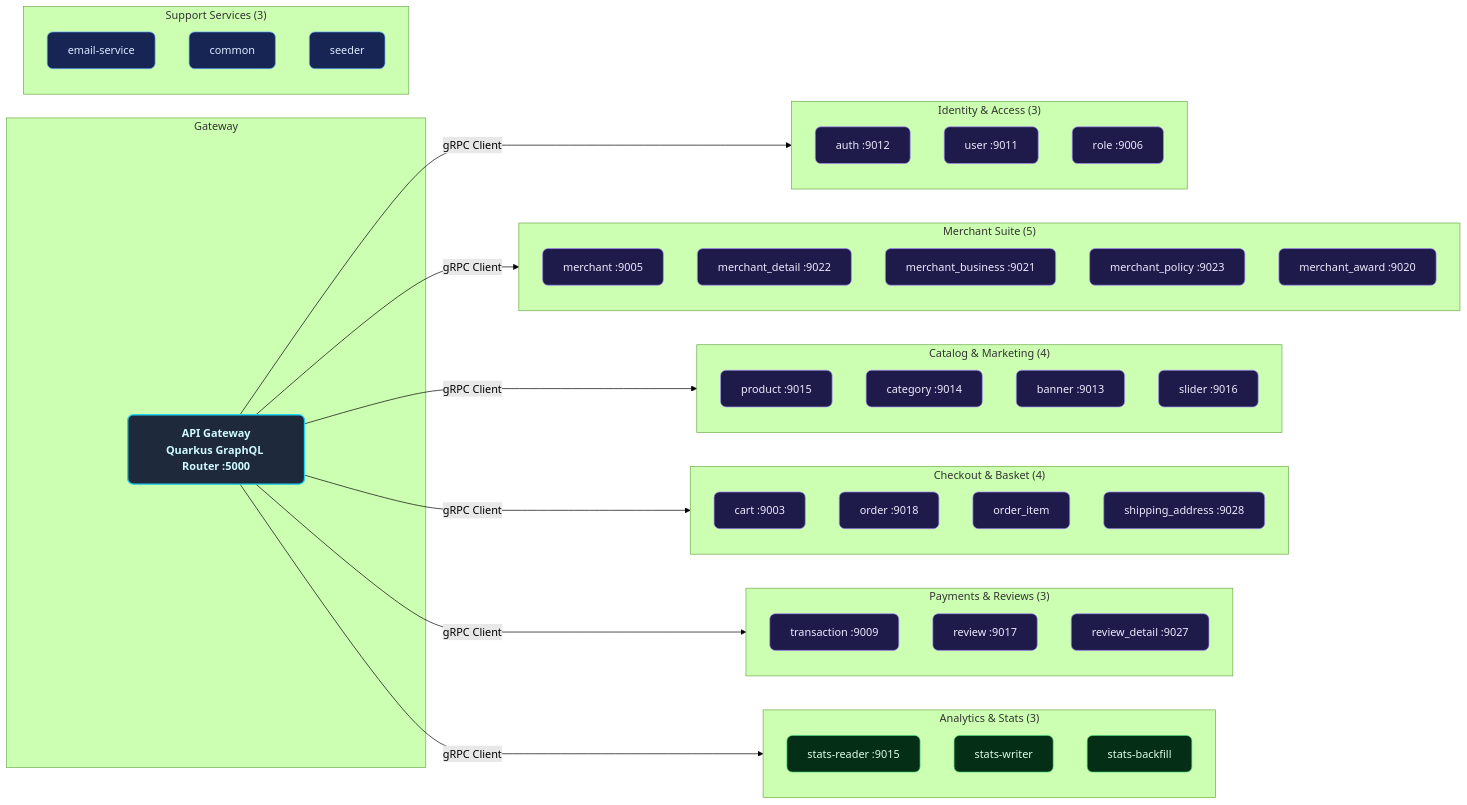
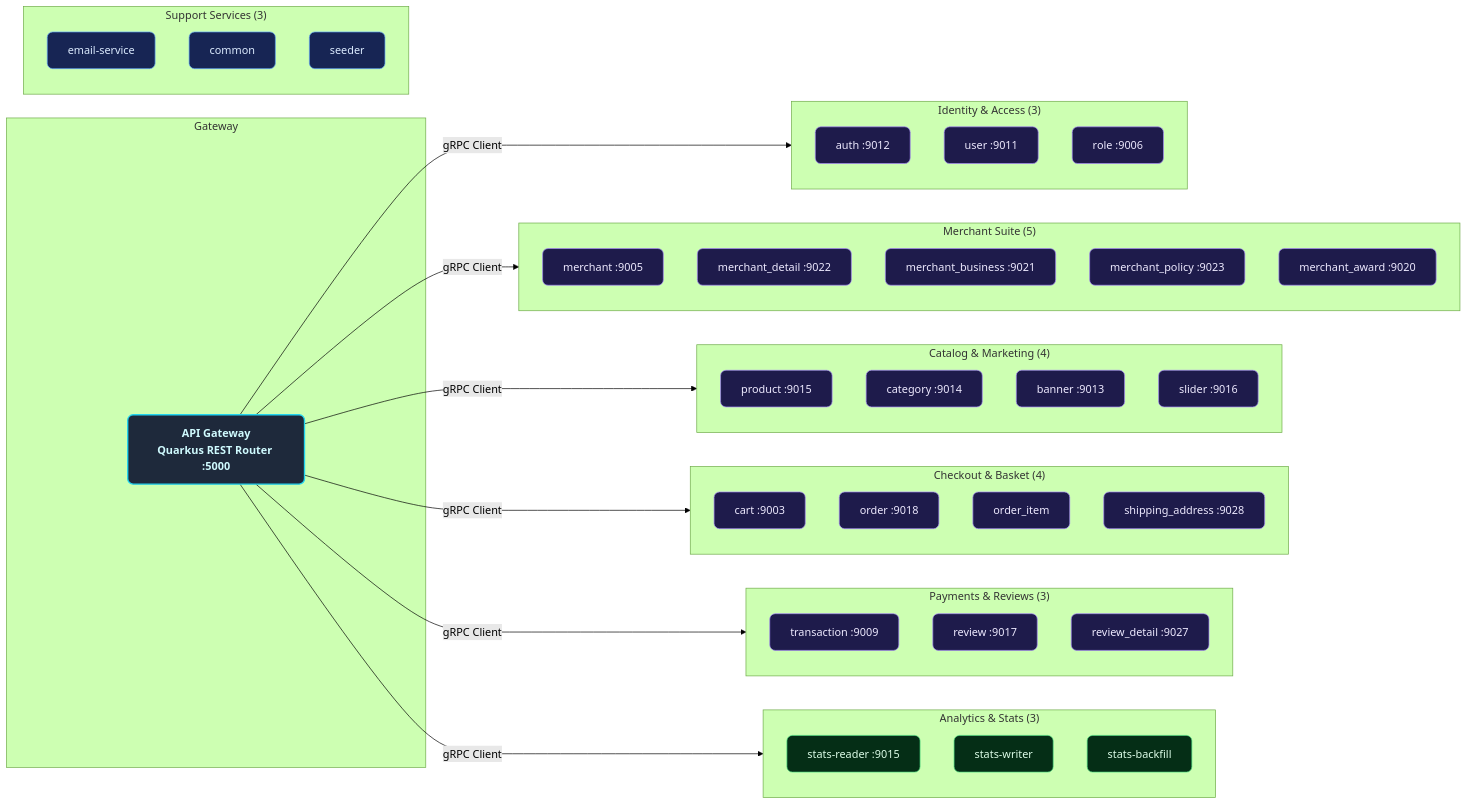
Before and after one commit to MamangRust/microservice-ecommerce-quarkus-graphql: the second of 12 diagrams in README.md, drawn with Mermaid (forest theme). The commit also changed other lines of this file and 489 other files, not shown here.

````diff
--- a/README.md
+++ b/README.md
@@ -209,64 +209,64 @@
 ```mermaid
 graph LR
     classDef svc fill:#1e1b4b,stroke:#a78bfa,color:#ede9fe,stroke-width:1px,rx:8
     classDef gw fill:#1e293b,stroke:#22d3ee,color:#cffafe,stroke-width:2px,rx:8,font-weight:bold
     classDef support fill:#172554,stroke:#60a5fa,color:#dbeafe,stroke-width:1px,rx:8
     classDef stats fill:#052e16,stroke:#4ade80,color:#dcfce7,stroke-width:1px,rx:8
 
     subgraph Gateway
-        API["API Gateway<br/>Quarkus GraphQL Router :5000"]:::gw
+        API["API Gateway<br/>Quarkus REST Router :5000"]:::gw
     end
 
     subgraph Identity["Identity & Access (3)"]
         A1["auth :9012"]:::svc
         A2["user :9011"]:::svc
         A3["role :9006"]:::svc
     end
 
     subgraph Merchant["Merchant Suite (5)"]
         M1["merchant :9005"]:::svc
         M2["merchant_detail :9022"]:::svc
         M3["merchant_business :9021"]:::svc
         M4["merchant_policy :9023"]:::svc
         M5["merchant_award :9020"]:::svc
     end
 
     subgraph Catalog["Catalog & Marketing (4)"]
         C1["product :9015"]:::svc
         C2["category :9014"]:::svc
         C3["banner :9013"]:::svc
         C4["slider :9016"]:::svc
     end
 
     subgraph Commerce["Checkout & Basket (4)"]
         O1["cart :9003"]:::svc
         O2["order :9018"]:::svc
         O3["order_item"]:::svc
         O4["shipping_address :9028"]:::svc
     end
 
     subgraph Movements["Payments & Reviews (3)"]
         T1["transaction :9009"]:::svc
         R1["review :9017"]:::svc
         R2["review_detail :9027"]:::svc
     end
 
     subgraph Analytics["Analytics & Stats (3)"]
         ST1["stats-reader :9015"]:::stats
         ST2["stats-writer"]:::stats
         ST3["stats-backfill"]:::stats
     end
 
     subgraph Support["Support Services (3)"]
         S1["email-service"]:::support
         S2["common"]:::support
         S3["seeder"]:::support
     end
 
     API -->|"gRPC Client"| Identity
     API -->|"gRPC Client"| Merchant
     API -->|"gRPC Client"| Catalog
     API -->|"gRPC Client"| Commerce
     API -->|"gRPC Client"| Movements
     API -->|"gRPC Client"| Analytics
 ```
````
